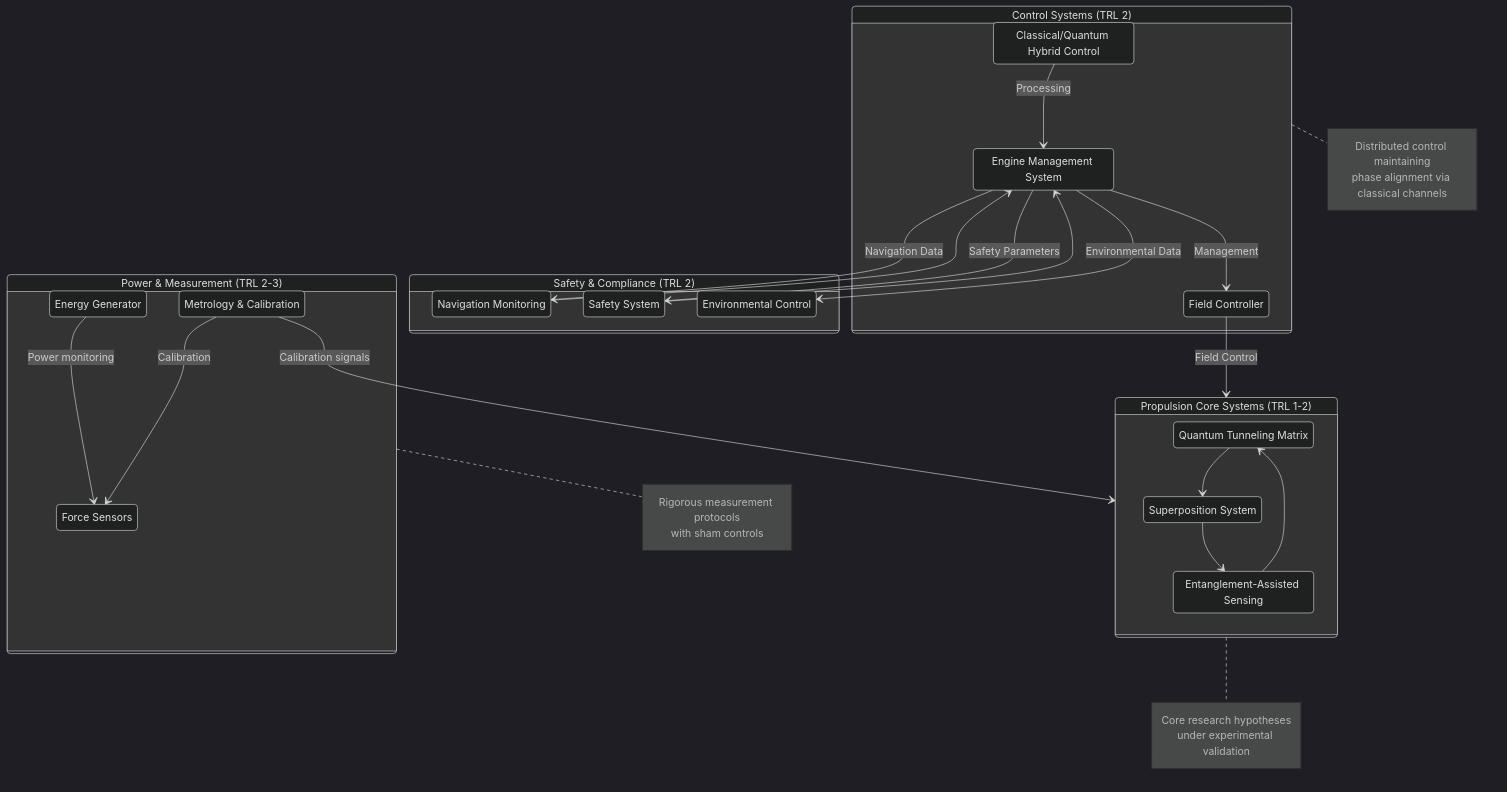
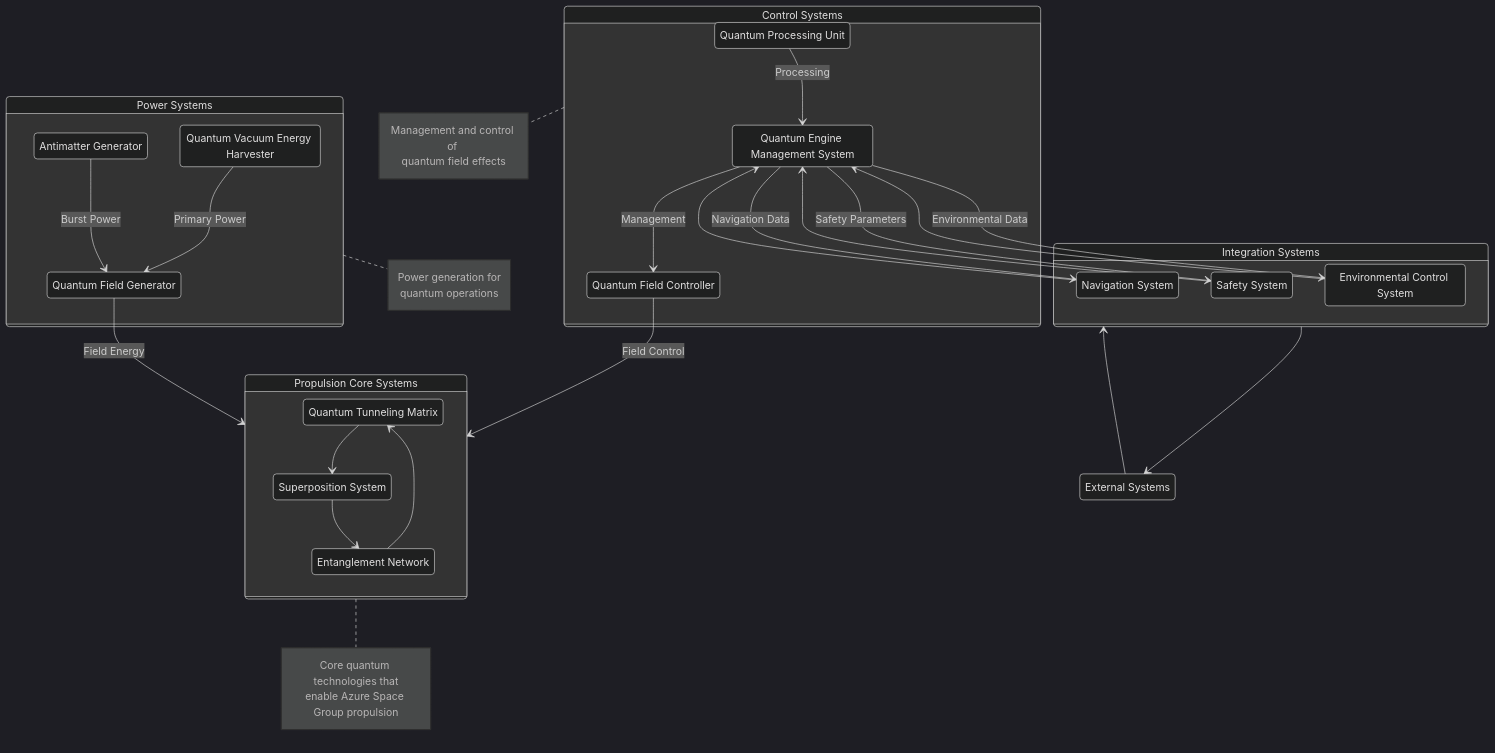
One commit to szemkoff/azurespacegroup changed the first of 8 diagrams in docs/core-documentation/core-technology.md. Above: the diagram before and after it, drawn with Mermaid (dark theme). The commit also changed other lines of this file and 1 other file, not shown here.

````diff
--- a/docs/core-documentation/core-technology.md
+++ b/docs/core-documentation/core-technology.md
@@ -78,62 +11,67 @@
 ```mermaid
 stateDiagram-v2
     direction TB
     
-    state "Propulsion Core Systems (TRL 1-2)" as PCS {
+    state "Propulsion Core Systems" as PCS {
         QTM: Quantum Tunneling Matrix
         SPS: Superposition System
-        ENM: Entanglement-Assisted Sensing
+        ENM: Entanglement Network
         
         QTM --> SPS
         SPS --> ENM
         ENM --> QTM
     }
     
-    state "Control Systems (TRL 2)" as CS {
-        QPU: Classical/Quantum Hybrid Control
-        QEMS: Engine Management System
-        QFC: Field Controller
+    state "Control Systems" as CS {
+        QPU: Quantum Processing Unit
+        QEMS: Quantum Engine Management System
+        QFC: Quantum Field Controller
         
         QPU --> QEMS: Processing
         QEMS --> QFC: Management
     }
     
-    state "Power & Measurement (TRL 2-3)" as PS {
-        EG: Energy Generator
-        MM: Metrology & Calibration
-        FS: Force Sensors
+    state "Power Systems" as PS {
+        QVE: Quantum Vacuum Energy Harvester
+        AMG: Antimatter Generator
+        QFG: Quantum Field Generator
         
-        EG --> FS: Power monitoring
-        MM --> FS: Calibration
+        QVE --> QFG: Primary Power
+        AMG --> QFG: Burst Power
     }
     
-    state "Safety & Compliance (TRL 2)" as SS {
-        NAS: Navigation Monitoring
+    state "Integration Systems" as IS {
+        NAS: Navigation System
         SAS: Safety System
-        ECS: Environmental Control
+        ECS: Environmental Control System
     }
     
     QFC --> PCS: Field Control
-    MM --> PCS: Calibration signals
+    QFG --> PCS: Field Energy
     
     QEMS --> NAS: Navigation Data
     NAS --> QEMS
     QEMS --> SAS: Safety Parameters
     SAS --> QEMS
     QEMS --> ECS: Environmental Data
+    ECS --> QEMS
+    
+    state "External Systems" as EXT
+    EXT --> IS
+    IS --> EXT
     
     note right of PCS
-        Core research hypotheses
-        under experimental validation
+        Core quantum technologies that
+        enable Azure Space Group propulsion
     end note
     
     note right of CS
-        Distributed control maintaining
-        phase alignment via classical channels
+        Management and control of 
+        quantum field effects
     end note
     
     note right of PS
-        Rigorous measurement protocols
-        with sham controls
+        Power generation for
+        quantum operations
     end note
 ```
````
